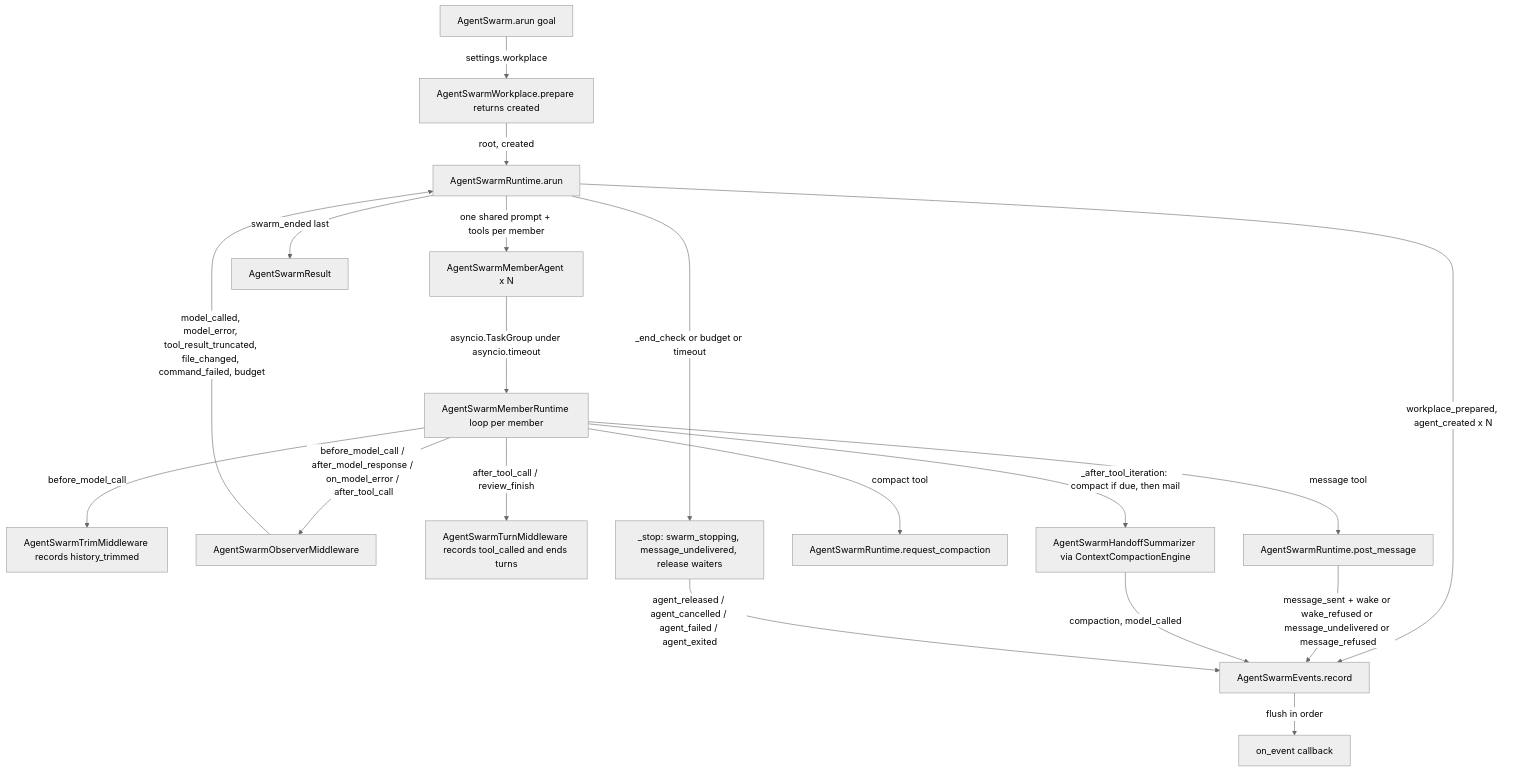
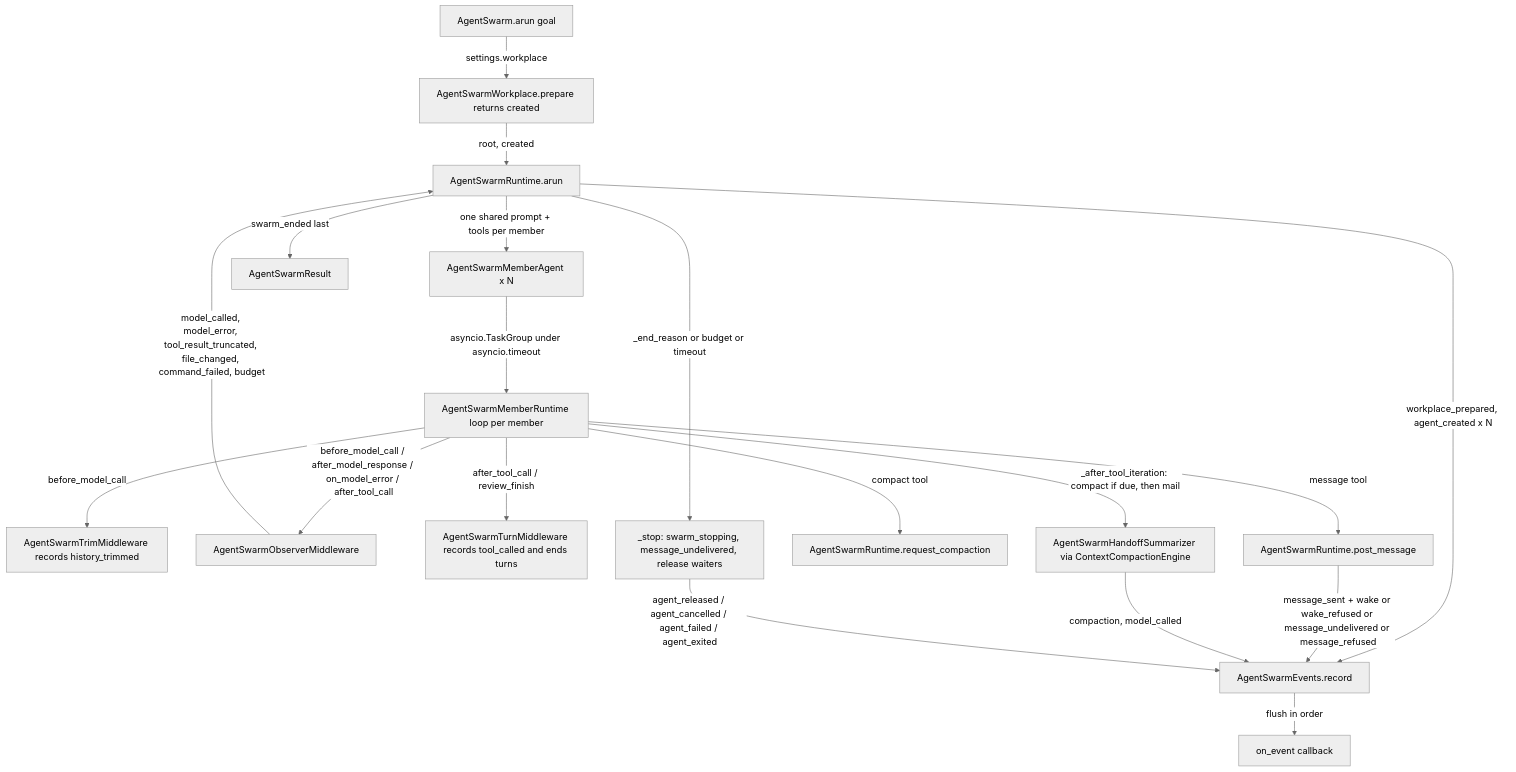
Before and after one commit to cerredz/Vidbyte-SDK: the first of 2 diagrams in docs/spec/agent-swarm-v2/spec.md, drawn with Mermaid (neutral theme). The commit also changed other lines of this file and 1 other file, not shown here.

First line of the commit message:
docs(spec): agent-swarm-v2 r5 aligns the spec with the S5 repair

````diff
--- a/docs/spec/agent-swarm-v2/spec.md
+++ b/docs/spec/agent-swarm-v2/spec.md
@@ -132,21 +132,21 @@
 ```mermaid
 flowchart TD
   A[AgentSwarm.arun goal] -->|settings.workplace| B[AgentSwarmWorkplace.prepare returns created]
   B -->|root, created| C[AgentSwarmRuntime.arun]
   C -->|workplace_prepared, agent_created x N| D[AgentSwarmEvents.record]
   C -->|one shared prompt + tools per member| E[AgentSwarmMemberAgent x N]
   E -->|asyncio.TaskGroup under asyncio.timeout| F[AgentSwarmMemberRuntime loop per member]
   F -->|before_model_call| G[AgentSwarmTrimMiddleware records history_trimmed]
   F -->|before_model_call / after_model_response / on_model_error / after_tool_call| H[AgentSwarmObserverMiddleware]
   H -->|model_called, model_error, tool_result_truncated, file_changed, command_failed, budget| C
   F -->|after_tool_call / review_finish| I[AgentSwarmTurnMiddleware records tool_called and ends turns]
   F -->|message tool| J[AgentSwarmRuntime.post_message]
   J -->|message_sent + wake or wake_refused or message_undelivered or message_refused| D
   F -->|compact tool| K[AgentSwarmRuntime.request_compaction]
   F -->|_after_tool_iteration: compact if due, then mail| L[AgentSwarmHandoffSummarizer via ContextCompactionEngine]
   L -->|compaction, model_called| D
-  C -->|_end_check or budget or timeout| M[_stop: swarm_stopping, message_undelivered, release waiters]
+  C -->|_end_reason or budget or timeout| M[_stop: swarm_stopping, message_undelivered, release waiters]
   M -->|agent_released / agent_cancelled / agent_failed / agent_exited| D
   D -->|flush in order| N[on_event callback]
   C -->|swarm_ended last| O[AgentSwarmResult]
 ```
````
